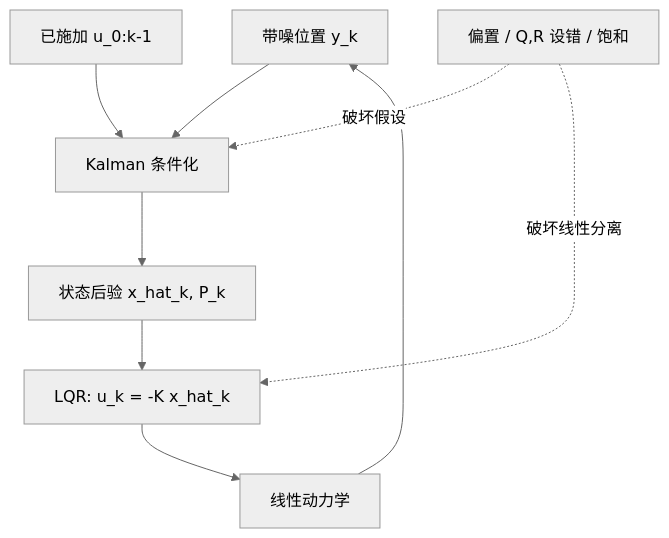
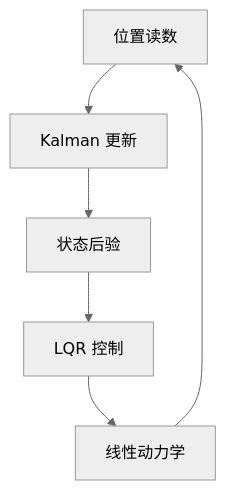
Before and after one commit to EunsonZ/WWL: the diagram in AI/45-机器人与具身智能/20-状态估计与LQG/00-状态估计与LQG-MOC.md, drawn with Mermaid (neutral theme). The commit also changed other lines of this file and 75 other files, not shown here.

````diff
--- a/AI/45-机器人与具身智能/20-状态估计与LQG/00-状态估计与LQG-MOC.md
+++ b/AI/45-机器人与具身智能/20-状态估计与LQG/00-状态估计与LQG-MOC.md
@@ -38,11 +43,8 @@
 ```mermaid
 flowchart TD
-    Y[带噪位置 y_k] --> KF[Kalman 条件化]
-    U0[已施加 u_0:k-1] --> KF
-    KF --> XH[状态后验 x_hat_k, P_k]
-    XH --> C[LQR: u_k = -K x_hat_k]
+    Y[位置读数] --> KF[Kalman 更新]
+    KF --> XH[状态后验]
+    XH --> C[LQR 控制]
     C --> PLANT[线性动力学]
     PLANT --> Y
-    BIAS[偏置 / Q,R 设错 / 饱和] -.破坏假设.-> KF
-    BIAS -.破坏线性分离.-> C
 ```
````
